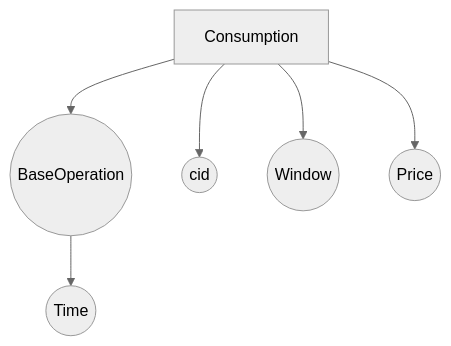
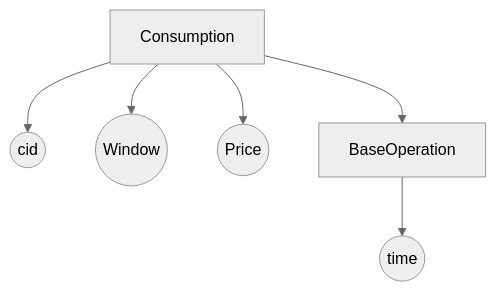
One commit to xhzq233/CampusCardBackEnd changed the fifth of 6 diagrams in README.md. Above: the diagram before and after it, drawn with Mermaid (neutral theme). The commit also changed other lines of this file, not shown here.

````diff
--- a/README.md
+++ b/README.md
@@ -137,16 +137,15 @@
 ```mermaid
 graph TB
 
-BO((BaseOperation))
-T((Time))
+T((time))
 cid((cid))
 W((Window))
 P((Price))
 
-Consumption-->BO
-BO-->T
+Consumption-->BaseOperation
+BaseOperation-->T
 Consumption-->cid
 Consumption-->W
 Consumption-->P
 
 ```
````
